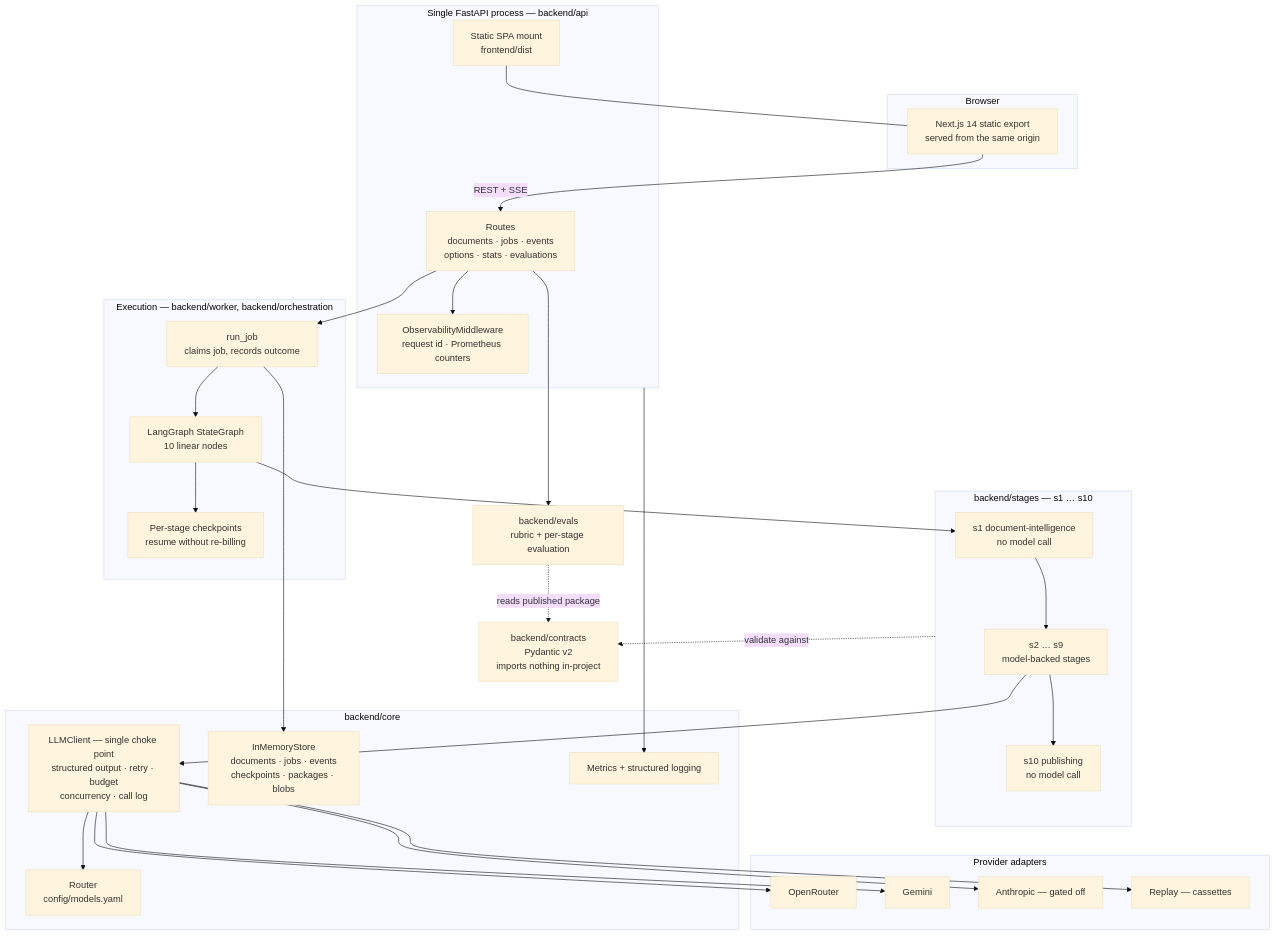
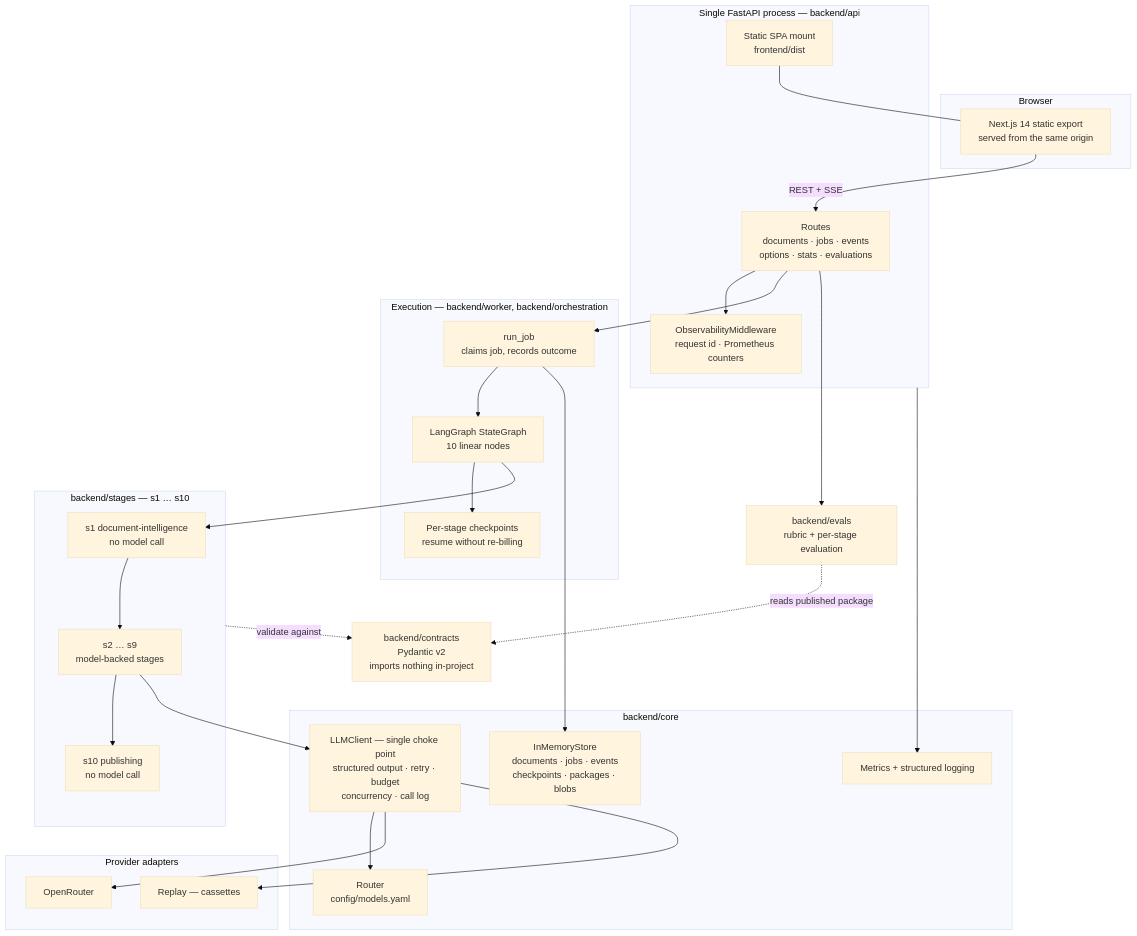
Before and after one commit to 23f3001800/EduForge-AI: the first of 3 diagrams in README.md, drawn with Mermaid (base theme). The commit also changed other lines of this file and 21 other files, not shown here.

First line of the commit message:
feat(llm): Azure OpenAI provider; drop Gemini and Anthropic

````diff
--- a/README.md
+++ b/README.md
@@ -66,58 +66,54 @@
 ```mermaid
 graph TB
     subgraph client["Browser"]
         UI["Next.js 14 static export<br/>served from the same origin"]
     end
 
     subgraph app["Single FastAPI process — backend/api"]
         RT["Routes<br/>documents · jobs · events<br/>options · stats · evaluations"]
         MW["ObservabilityMiddleware<br/>request id · Prometheus counters"]
         SPA["Static SPA mount<br/>frontend/dist"]
     end
 
     subgraph work["Execution — backend/worker, backend/orchestration"]
         RUN["run_job<br/>claims job, records outcome"]
         GR["LangGraph StateGraph<br/>10 linear nodes"]
         CP["Per-stage checkpoints<br/>resume without re-billing"]
     end
 
     subgraph stages["backend/stages — s1 … s10"]
         S1["s1 document-intelligence<br/>no model call"]
         SN["s2 … s9<br/>model-backed stages"]
         S10["s10 publishing<br/>no model call"]
     end
 
     subgraph core["backend/core"]
         LLM["LLMClient — single choke point<br/>structured output · retry · budget<br/>concurrency · call log"]
         ROUT["Router<br/>config/models.yaml"]
         STORE["InMemoryStore<br/>documents · jobs · events<br/>checkpoints · packages · blobs"]
         OBS["Metrics + structured logging"]
     end
 
     subgraph prov["Provider adapters"]
         OR["OpenRouter"]
-        GE["Gemini"]
-        AN["Anthropic — gated off"]
         RP["Replay — cassettes"]
     end
 
     CTR["backend/contracts<br/>Pydantic v2<br/>imports nothing in-project"]
     EV["backend/evals<br/>rubric + per-stage evaluation"]
 
     UI -->|"REST + SSE"| RT
     RT --> MW
     RT --> RUN
     SPA --- UI
     RUN --> GR --> CP
     GR --> S1 --> SN --> S10
     SN --> LLM --> ROUT
     LLM --> OR
-    LLM --> GE
-    LLM --> AN
     LLM --> RP
     RUN --> STORE
     RT --> EV
     stages -.->|"validate against"| CTR
     EV -.->|"reads published package"| CTR
     app --> OBS
 ```
````
